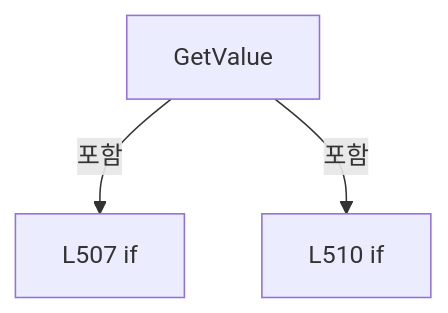
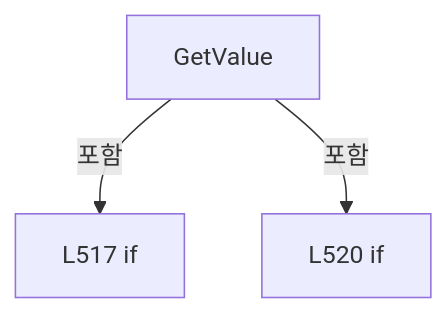
Diagram 13 of 17 in A3 LD Code Ref/files/Drilling.File/JHMI/CSettingFile.cs.md (kjuws10-rgb/Shared), drawn with Mermaid before and after one commit. The commit also changed other lines of this file and 2071 other files, not shown here.

Commit message:
docs(a3): update 11.19.0 architecture and code reference

````diff
--- a/A3 LD Code Ref/files/Drilling.File/JHMI/CSettingFile.cs.md
+++ b/A3 LD Code Ref/files/Drilling.File/JHMI/CSettingFile.cs.md
@@ -2257,8 +2267,8 @@
 ```mermaid
 flowchart TD
  M["GetValue"]
- N0["L507 if"]
+ N0["L517 if"]
  M -->|포함| N0
- N1["L510 if"]
+ N1["L520 if"]
  M -->|포함| N1
 ```
````
